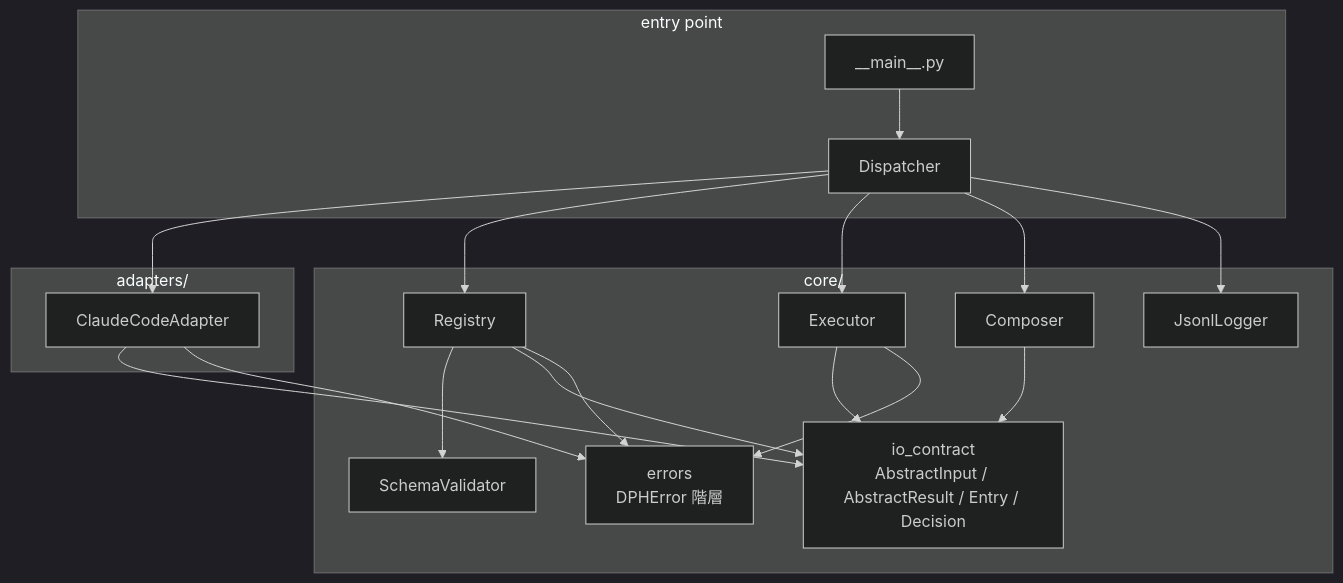
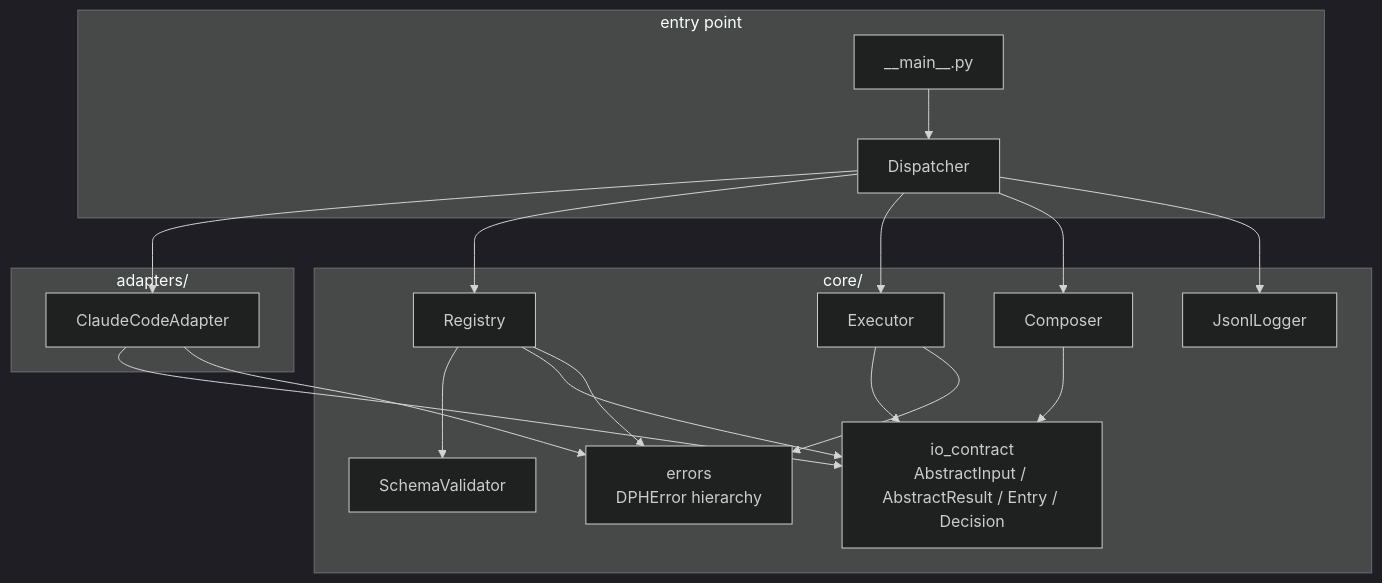
Before and after one commit to bibi-meow/dynamic-prompt-harness: the first of 6 diagrams in docs/swe/swe.2-software-architecture.md, drawn with Mermaid (dark theme). The commit also changed other lines of this file and 3 other files, not shown here.

````diff
--- a/docs/swe/swe.2-software-architecture.md
+++ b/docs/swe/swe.2-software-architecture.md
@@ -17,34 +17,34 @@
 ```mermaid
 graph TB
     subgraph entry["entry point"]
         MAIN["__main__.py"]
         DSP["Dispatcher"]
     end
     subgraph adapters["adapters/"]
         CC["ClaudeCodeAdapter"]
     end
     subgraph core["core/"]
         IO["io_contract<br/>AbstractInput / AbstractResult / Entry / Decision"]
         REG["Registry"]
         EXE["Executor"]
         COM["Composer"]
         SCH["SchemaValidator"]
         LOG["JsonlLogger"]
-        ERR["errors<br/>DPHError 階層"]
+        ERR["errors<br/>DPHError hierarchy"]
     end
 
     MAIN --> DSP
     DSP --> CC
     DSP --> REG
     DSP --> EXE
     DSP --> COM
     DSP --> LOG
     CC --> IO
     REG --> SCH
     REG --> IO
     EXE --> IO
     COM --> IO
     EXE --> ERR
     REG --> ERR
     CC --> ERR
 ```
````
